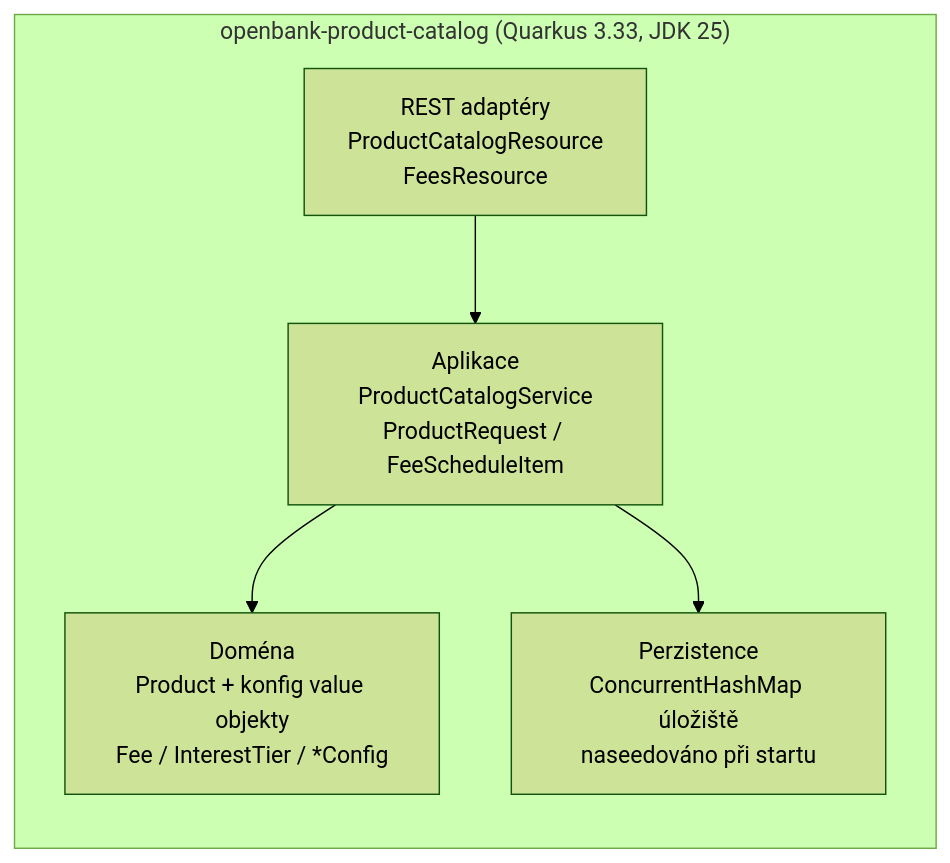
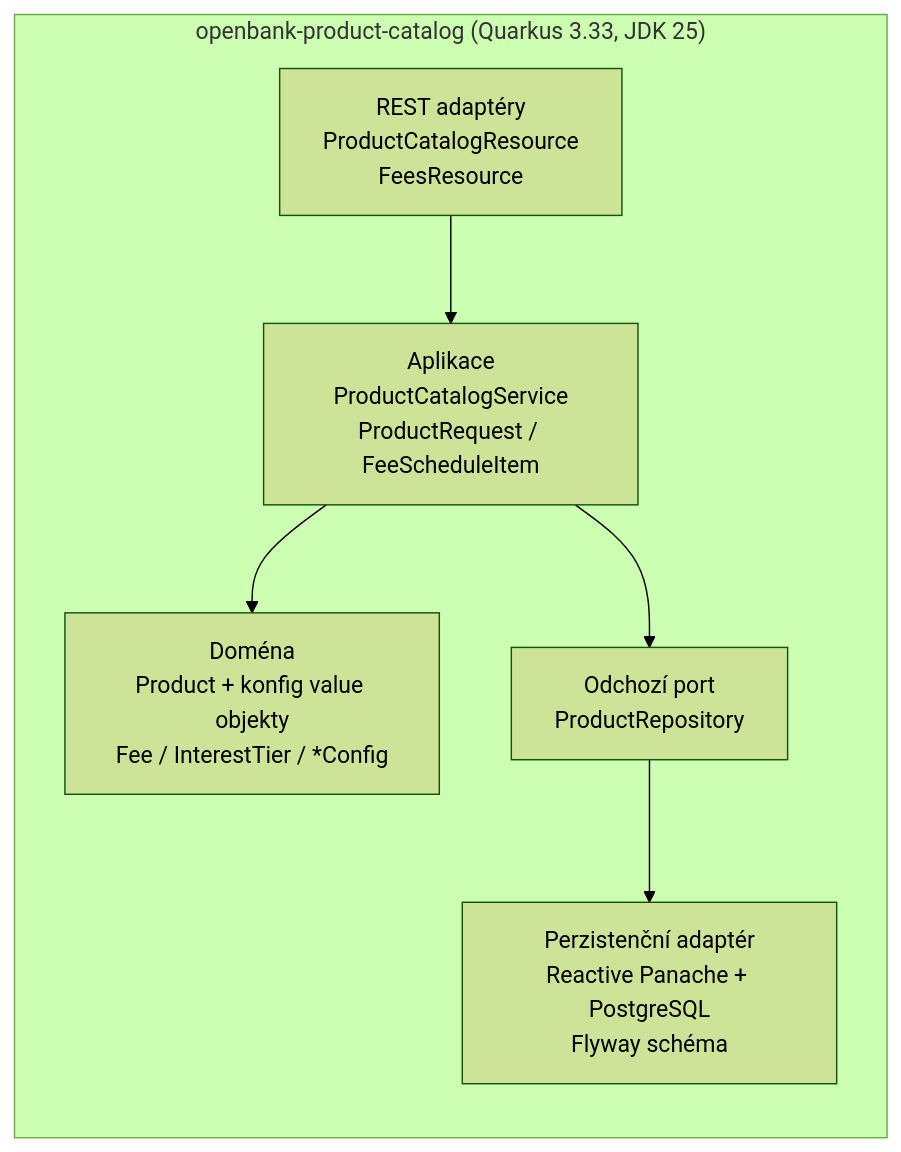
The second of 2 diagrams in openbank-product-catalog/src/main/resources/docs/02-architecture.cs.md (JiRaska/open-bank-oss), drawn with Mermaid (forest theme) before and after one commit. The commit also changed other lines of this file and 28 other files, not shown here.

````diff
--- a/openbank-product-catalog/src/main/resources/docs/02-architecture.cs.md
+++ b/openbank-product-catalog/src/main/resources/docs/02-architecture.cs.md
@@ -31,14 +31,16 @@
 ```mermaid
 graph TB
   subgraph "openbank-product-catalog (Quarkus 3.33, JDK 25)"
     direction TB
     rest[REST adaptéry<br/>ProductCatalogResource<br/>FeesResource]
     app[Aplikace<br/>ProductCatalogService<br/>ProductRequest / FeeScheduleItem]
     dom[Doména<br/>Product + konfig value objekty<br/>Fee / InterestTier / *Config]
-    store[Perzistence<br/>ConcurrentHashMap úložiště<br/>naseedováno při startu]
+    port[Odchozí port<br/>ProductRepository]
+    store[Perzistenční adaptér<br/>Reactive Panache + PostgreSQL<br/>Flyway schéma]
   end
 
   rest --> app
   app --> dom
-  app --> store
+  app --> port
+  port --> store
 ```
````
